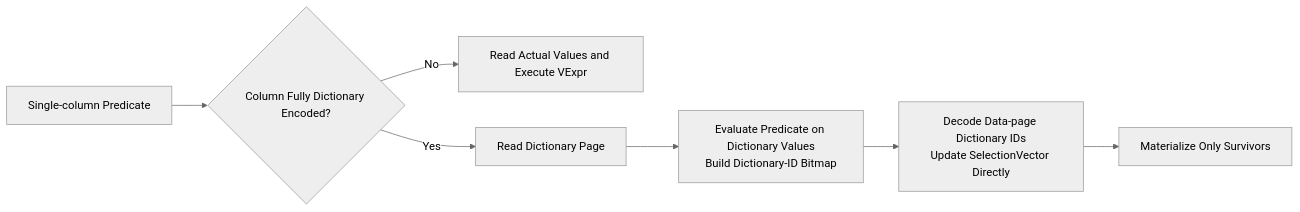
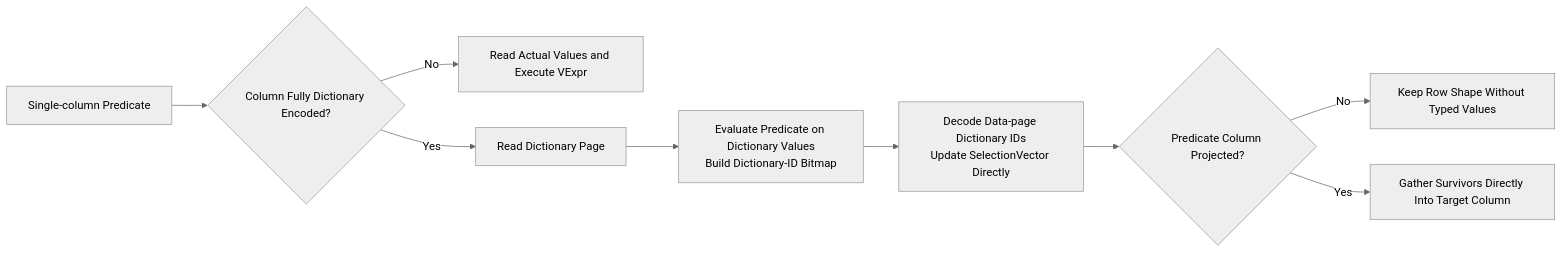
One commit to apache/doris changed the eighth of 14 diagrams in docs/file-scanner-v2-parquet-scan-design.md. Above: the diagram before and after it, drawn with Mermaid (neutral theme). The commit also changed other lines of this file and 20 other files, not shown here.

````diff
--- a/docs/file-scanner-v2-parquet-scan-design.md
+++ b/docs/file-scanner-v2-parquet-scan-design.md
@@ -329,9 +329,11 @@
 ```mermaid
 flowchart LR
   A[Single-column Predicate] --> B{Column Fully Dictionary Encoded?}
   B -- "No" --> F[Read Actual Values and Execute VExpr]
   B -- "Yes" --> C[Read Dictionary Page]
   C --> D[Evaluate Predicate on Dictionary Values<br>Build Dictionary-ID Bitmap]
   D --> E[Decode Data-page Dictionary IDs<br>Update SelectionVector Directly]
-  E --> G[Materialize Only Survivors]
+  E --> G{Predicate Column Projected?}
+  G -- "No" --> H[Keep Row Shape Without Typed Values]
+  G -- "Yes" --> I[Gather Survivors Directly Into Target Column]
 ```
````
